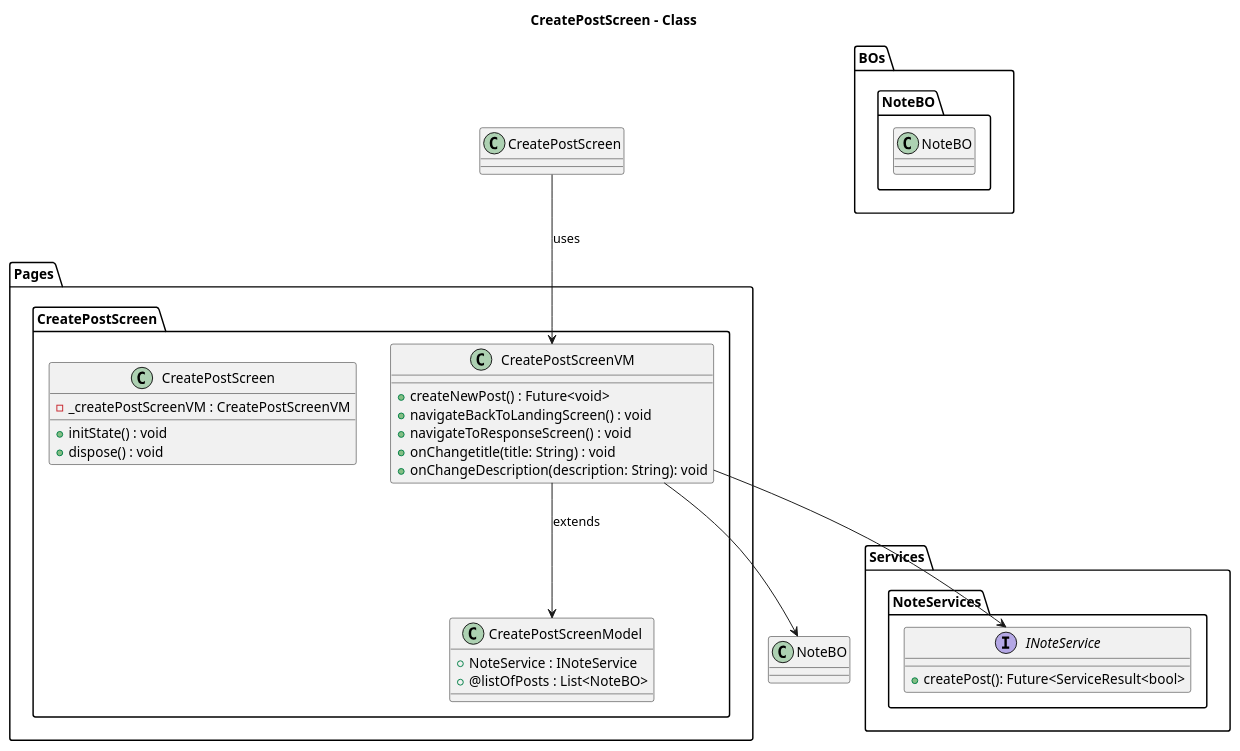
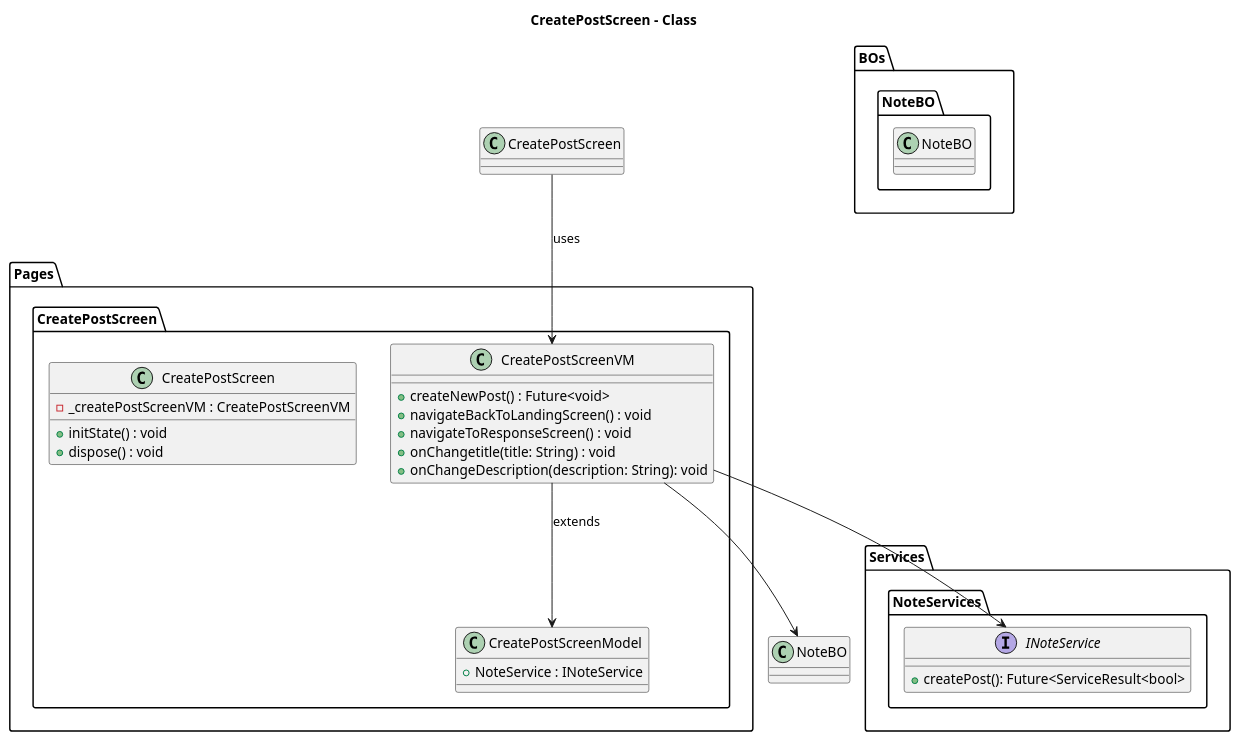
Before and after one commit to ThirumuruganArumugam/social_media: the diagram in lib/Pages/CreatePostScreen/Design/CreatePostScreen-Class.puml, drawn with PlantUML. The commit also changed 1 other file, not shown here.

Commit message:
updated class diagram

```diff
--- a/lib/Pages/CreatePostScreen/Design/CreatePostScreen-Class.puml
+++ b/lib/Pages/CreatePostScreen/Design/CreatePostScreen-Class.puml
@@ -1,45 +1,44 @@
 @startuml CreatePostScreen - Class
 
 title **CreatePostScreen - Class**
 
 package Pages{
     package CreatePostScreen{
         class CreatePostScreenModel{
             + NoteService : INoteService
-            + @listOfPosts : List<NoteBO>
         }
         class CreatePostScreenVM{
             + createNewPost() : Future<void>
             + navigateBackToLandingScreen() : void
             + navigateToResponseScreen() : void
             + onChangetitle(title: String) : void
             + onChangeDescription(description: String): void
         }
         class CreatePostScreen{
             - _createPostScreenVM : CreatePostScreenVM
             + initState() : void
             + dispose() : void
         }
     }
 }
 
 package Services{
     package NoteServices{
         interface INoteService{
             + createPost(): Future<ServiceResult<bool>
         }
     }
 }
 
 package BOs{
     package NoteBO{
         class NoteBO{
         }
     }
 }
 
 CreatePostScreenVM --> NoteBO 
 CreatePostScreenVM --> INoteService 
 CreatePostScreenVM --> CreatePostScreenModel : extends
 CreatePostScreen --> CreatePostScreenVM : uses
 @enduml
```
